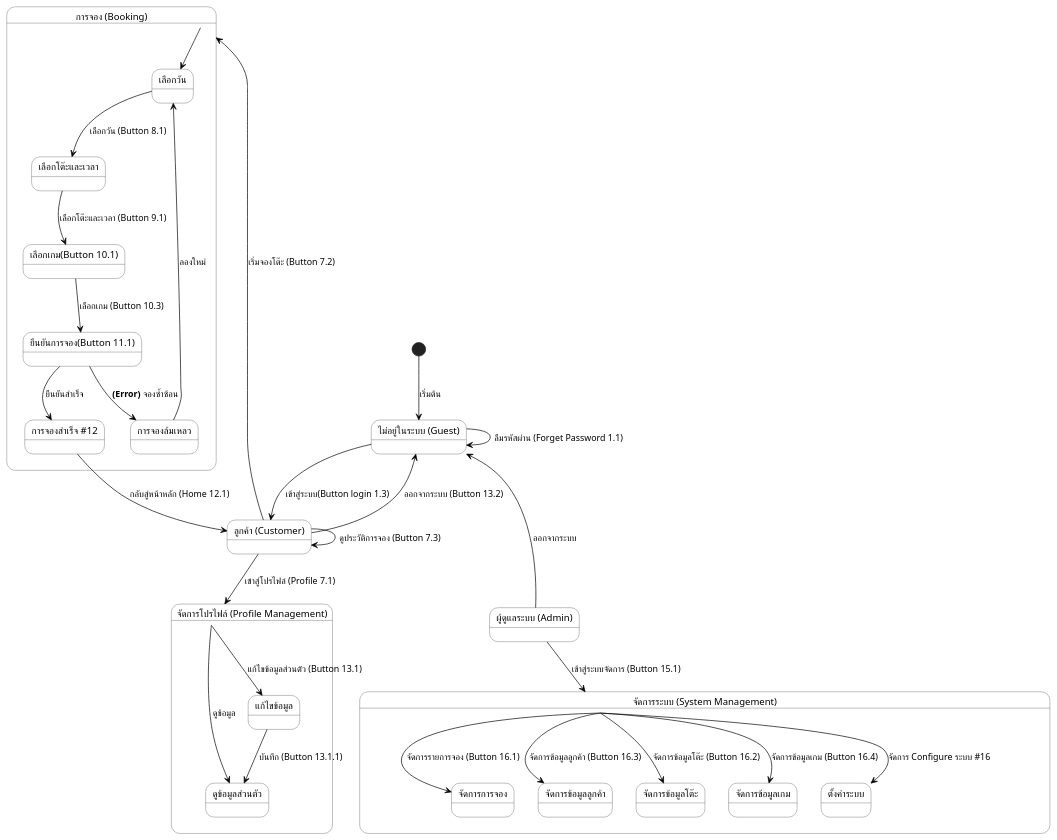
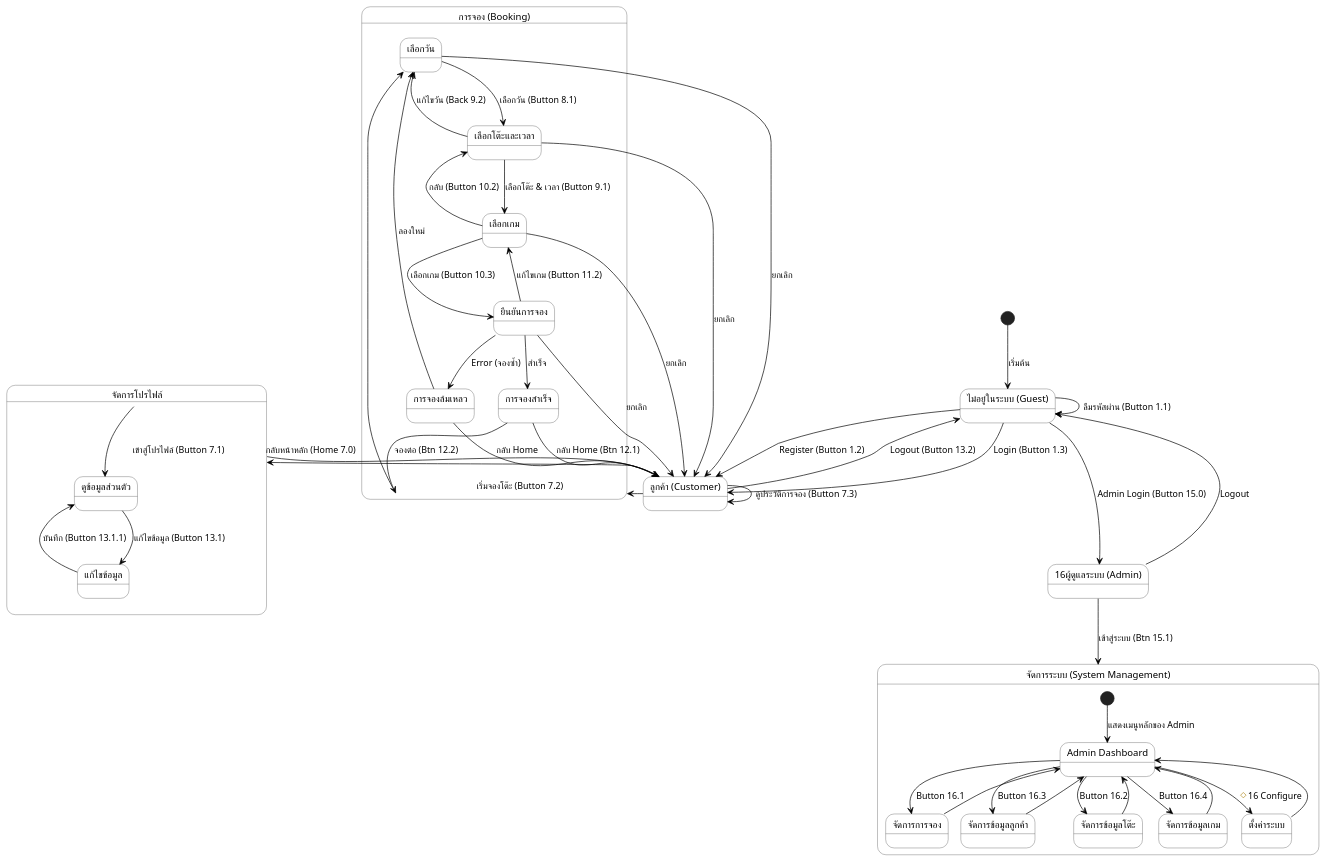
Before and after one commit to Dream0137/Project2025: the diagram in Diagram/State.puml, drawn with PlantUML. The commit also changed 1 other file, not shown here.

```diff
--- a/Diagram/State.puml
+++ b/Diagram/State.puml
@@ -1,70 +1,115 @@
 @startuml
 skinparam state {
   BackgroundColor White
   BorderColor #444
   ArrowColor Black
 }
 
+'-------------------- MAIN STATES --------------------
 state "ไม่อยู่ในระบบ (Guest)" as GuestState
 state "ลูกค้า (Customer)" as CustomerState
-state "ผู้ดูแลระบบ (Admin)" as AdminState
+state "16ผู้ดูแลระบบ (Admin)" as AdminState
 
-state "จัดการโปรไฟล์ (Profile Management)" as ProfileManagement {
-    state "ดูข้อมูลส่วนตัว" as ViewProfile
-    state "แก้ไขข้อมูล" as EditProfile
+'-------------------- PROFILE --------------------
+state "จัดการโปรไฟล์" as ProfileManagement {
+  state "ดูข้อมูลส่วนตัว" as ViewProfile
+  state "แก้ไขข้อมูล" as EditProfile
 }
 
+'-------------------- ADMIN SECTION --------------------
 state "จัดการระบบ (System Management)" as AdminManagement {
-    state "จัดการการจอง" as ManageBookings
-    state "จัดการข้อมูลลูกค้า" as ManageCustomers
-    state "จัดการข้อมูลโต๊ะ" as ManageTables
-    state "จัดการข้อมูลเกม" as ManageGames
-    state "ตั้งค่าระบบ" as ConfigureSystem
+
+  ' หน้า Dashboard ของแอดมิน (จุดฟ้าข้างใน System Management)
+  state "Admin Dashboard" as AdminDashboard
+
+  ' หน้าจัดการย่อยต่าง ๆ
+  state "จัดการการจอง" as ManageBookings
+  state "จัดการข้อมูลลูกค้า" as ManageCustomers
+  state "จัดการข้อมูลโต๊ะ" as ManageTables
+  state "จัดการข้อมูลเกม" as ManageGames
+  state "ตั้งค่าระบบ" as ConfigureSystem
+
+  ' จุดเริ่มต้นของ System Management → Dashboard
+  [*] --> AdminDashboard : แสดงเมนูหลักของ Admin
+
+  ' ไปแต่ละส่วนจาก Dashboard
+  AdminDashboard --> ManageBookings    : Button 16.1
+  AdminDashboard --> ManageTables      : Button 16.2
+  AdminDashboard --> ManageCustomers  : Button 16.3
+  AdminDashboard --> ManageGames      : Button 16.4
+  AdminDashboard --> ConfigureSystem  : #16 Configure
+
+  ' 🔁 กลับมาที่ Dashboard หลังทำงานเสร็จ
+  ManageBookings --> AdminDashboard
+  ManageTables --> AdminDashboard
+  ManageCustomers --> AdminDashboard
+  ManageGames --> AdminDashboard
+  ConfigureSystem --> AdminDashboard
 }
 
+'-------------------- BOOKING FLOW --------------------
 state "การจอง (Booking)" as BookingProcess {
-    state "เลือกวัน" as SelectDate
-    state "เลือกโต๊ะและเวลา" as SelectTable
-    state "เลือกเกม(Button 10.1)" as SelectGame
-    state "ยืนยันการจอง(Button 11.1)" as ConfirmBooking
-    state "การจองสำเร็จ #12" as BookingSuccess
-    state "การจองล้มเหลว" as BookingFailed
+  state "เลือกวัน" as SelectDate
+  state "เลือกโต๊ะและเวลา" as SelectTable
+  state "เลือกเกม" as SelectGame
+  state "ยืนยันการจอง" as ConfirmBooking
+  state "การจองสำเร็จ" as BookingSuccess
+  state "การจองล้มเหลว" as BookingFailed
 }
 
+'-------------------- START --------------------
 [*] --> GuestState : เริ่มต้น
 
-GuestState --> CustomerState : เข้าสู่ระบบ(Button login 1.3)
-GuestState --> GuestState : ลืมรหัสผ่าน (Forget Password 1.1)
+'-------------------- GUEST --------------------
+GuestState --> CustomerState : Login (Button 1.3)
+GuestState --> GuestState      : ลืมรหัสผ่าน (Button 1.1)
+GuestState --> CustomerState  : Register (Button 1.2)
+GuestState --> AdminState      : Admin Login (Button 15.0)
 
-CustomerState --> ProfileManagement : เข้าสู่โปรไฟล์ (Profile 7.1)
-ProfileManagement --> ViewProfile : ดูข้อมูล
-ProfileManagement --> EditProfile : แก้ไขข้อมูลส่วนตัว (Button 13.1)
+'-------------------- CUSTOMER MAIN --------------------
+CustomerState --> BookingProcess : เริ่มจองโต๊ะ (Button 7.2)
+CustomerState --> ProfileManagement : เข้าสู่โปรไฟล์ (Button 7.1)
+CustomerState --> CustomerState : ดูประวัติการจอง (Button 7.3)
+CustomerState --> GuestState : Logout (Button 13.2)
+
+'-------------------- PROFILE FLOW --------------------
+ProfileManagement --> ViewProfile
+ViewProfile --> EditProfile : แก้ไขข้อมูล (Button 13.1)
 EditProfile --> ViewProfile : บันทึก (Button 13.1.1)
+ProfileManagement --> CustomerState : กลับหน้าหลัก (Home 7.0)
 
-CustomerState --> CustomerState : ดูประวัติการจอง (Button 7.3)
-CustomerState --> GuestState : ออกจากระบบ (Button 13.2)
-
-AdminState --> AdminManagement : เข้าสู่ระบบจัดการ (Button 15.1)
-AdminManagement --> ManageBookings : จัดการรายการจอง (Button 16.1)
-AdminManagement --> ManageCustomers : จัดการข้อมูลลูกค้า (Button 16.3)
-AdminManagement --> ManageTables : จัดการข้อมูลโต๊ะ (Button 16.2)
-AdminManagement --> ManageGames : จัดการข้อมูลเกม (Button 16.4)
-AdminManagement --> ConfigureSystem : จัดการ Configure ระบบ #16
-
-AdminState --> GuestState : ออกจากระบบ
-
-CustomerState -[hidden]-> AdminState
-
-CustomerState --> BookingProcess : เริ่มจองโต๊ะ (Button 7.2)
+'-------------------- BOOKING FLOW --------------------
+' บรรทัดนี้ถูกลบไป (CustomerState --> BookingProcess) เนื่องจากซ้ำซ้อน
+' และมีบรรทัดด้านบนที่กำหนด Event แล้ว (CustomerState --> BookingProcess : เริ่มจองโต๊ะ (Button 7.2))
 
 BookingProcess --> SelectDate
+
 SelectDate --> SelectTable : เลือกวัน (Button 8.1)
-SelectTable --> SelectGame : เลือกโต๊ะและเวลา (Button 9.1)
+SelectDate --> CustomerState : ยกเลิก
+
+SelectTable --> SelectGame : เลือกโต๊ะ & เวลา (Button 9.1)
+SelectTable --> SelectDate : แก้ไขวัน (Back 9.2)
+SelectTable --> CustomerState : ยกเลิก
+
 SelectGame --> ConfirmBooking : เลือกเกม (Button 10.3)
-ConfirmBooking --> BookingSuccess : ยืนยันสำเร็จ
-ConfirmBooking --> BookingFailed : **(Error)** จองซ้ำซ้อน
+SelectGame --> SelectTable : กลับ (Button 10.2)
+SelectGame --> CustomerState : ยกเลิก
 
-BookingSuccess --> CustomerState : กลับสู่หน้าหลัก (Home 12.1)
+ConfirmBooking --> BookingSuccess : สำเร็จ
+ConfirmBooking --> BookingFailed  : Error (จองซ้ำ)
+ConfirmBooking --> SelectGame : แก้ไขเกม (Button 11.2)
+ConfirmBooking --> CustomerState : ยกเลิก
+
+BookingSuccess --> CustomerState : กลับ Home (Btn 12.1)
+BookingSuccess --> BookingProcess : จองต่อ (Btn 12.2)
+
 BookingFailed --> SelectDate : ลองใหม่
+BookingFailed --> CustomerState : กลับ Home
 
+'-------------------- ADMIN --------------------
+AdminState --> AdminManagement : เข้าสู่ระบบ (Btn 15.1)
+AdminState --> GuestState : Logout
+
+'-------------------- END --------------------
+CustomerState -[hidden]-> AdminState
 @enduml
```
